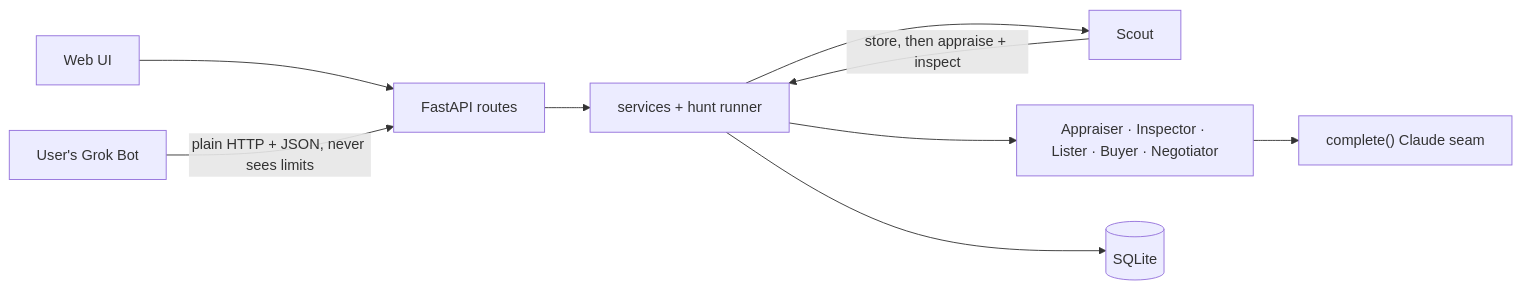
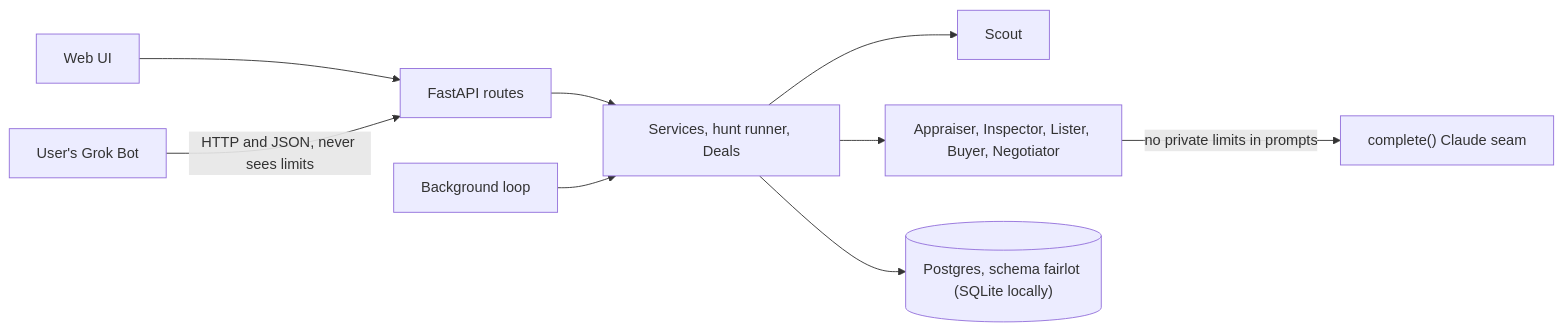
The diagram in README.md (srivatsav-kannan/grokbot-hackathon), drawn with Mermaid before and after one commit. The commit also changed other lines of this file and 12 other files, not shown here.

Commit message:
Finalize README and docs: nine required sections, session exports in docs/grok-bot-sessions, docs grouped into architecture and planning

````diff
--- a/README.md
+++ b/README.md
@@ -40,20 +57,21 @@
 ```mermaid
 flowchart LR
   Web["Web UI"]
   Bot["User's Grok Bot"]
   API["FastAPI routes"]
-  Svc["services + hunt runner"]
+  Svc["Services, hunt runner, Deals"]
+  Loop["Background loop"]
   Scout["Scout"]
-  Agents["Appraiser · Inspector · Lister · Buyer · Negotiator"]
+  Agents["Appraiser, Inspector, Lister, Buyer, Negotiator"]
   LLM["complete() Claude seam"]
-  DB[(SQLite)]
+  DB[("Postgres, schema fairlot (SQLite locally)")]
 
   Web --> API
-  Bot -->|"plain HTTP + JSON, never sees limits"| API
+  Bot -->|"HTTP and JSON, never sees limits"| API
   API --> Svc
+  Loop --> Svc
   Svc --> Scout
   Svc --> Agents
   Svc --> DB
-  Scout -->|"store, then appraise + inspect"| Svc
-  Agents --> LLM
+  Agents -->|"no private limits in prompts"| LLM
 ```
````
